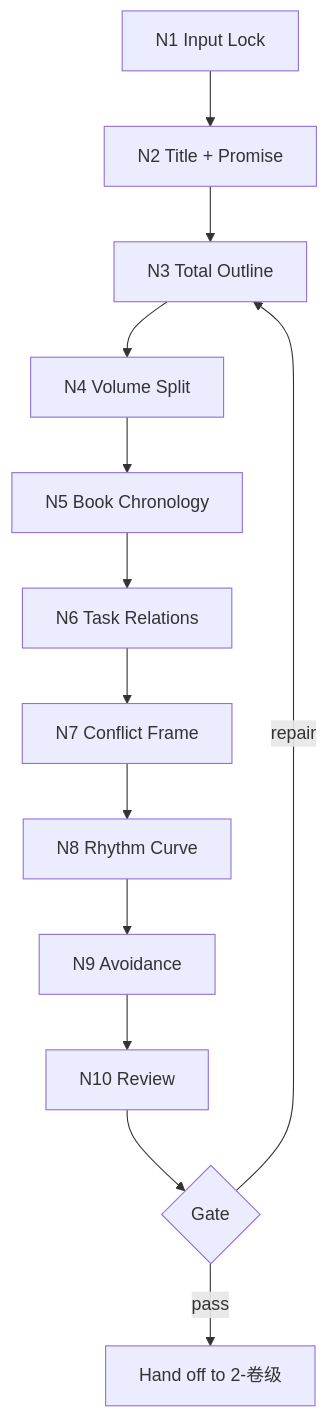
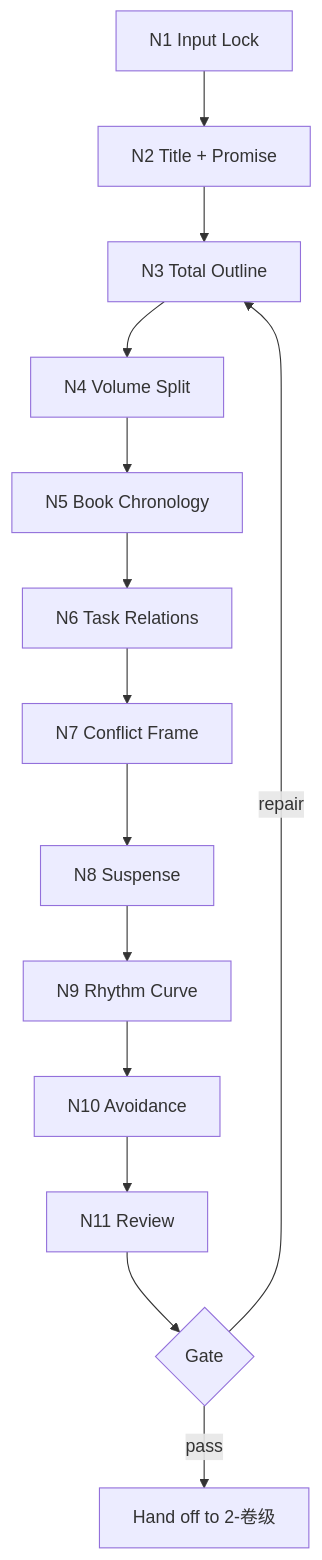
Before and after one commit to ZEN-VOID/AI-CUT: the diagram in .agents/skills/story/2-卷章/1-部级/steps/book-level-planning-workflow.md, drawn with Mermaid. The commit also changed other lines of this file and 256 other files, not shown here.

````diff
--- a/.agents/skills/story/2-卷章/1-部级/steps/book-level-planning-workflow.md
+++ b/.agents/skills/story/2-卷章/1-部级/steps/book-level-planning-workflow.md
@@ -42,15 +44,16 @@
 ```mermaid
 flowchart TD
     A["N1 Input Lock"] --> B["N2 Title + Promise"]
     B --> C["N3 Total Outline"]
     C --> D["N4 Volume Split"]
     D --> E["N5 Book Chronology"]
     E --> F["N6 Task Relations"]
     F --> G["N7 Conflict Frame"]
-    G --> H["N8 Rhythm Curve"]
-    H --> I["N9 Avoidance"]
-    I --> J["N10 Review"]
+    G --> S["N8 Suspense"]
+    S --> H["N9 Rhythm Curve"]
+    H --> I["N10 Avoidance"]
+    I --> J["N11 Review"]
     J --> K{"Gate"}
     K -->|"pass"| L["Hand off to 2-卷级"]
     K -->|"repair"| C
 ```
````
